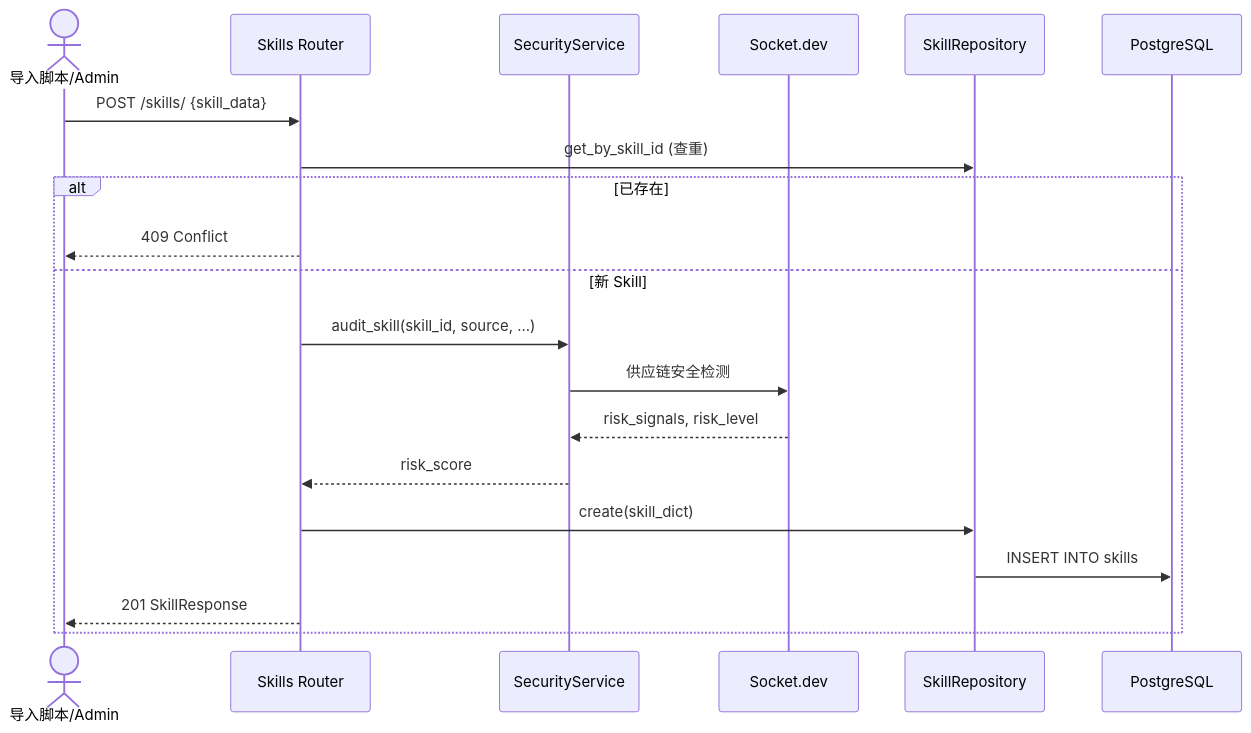
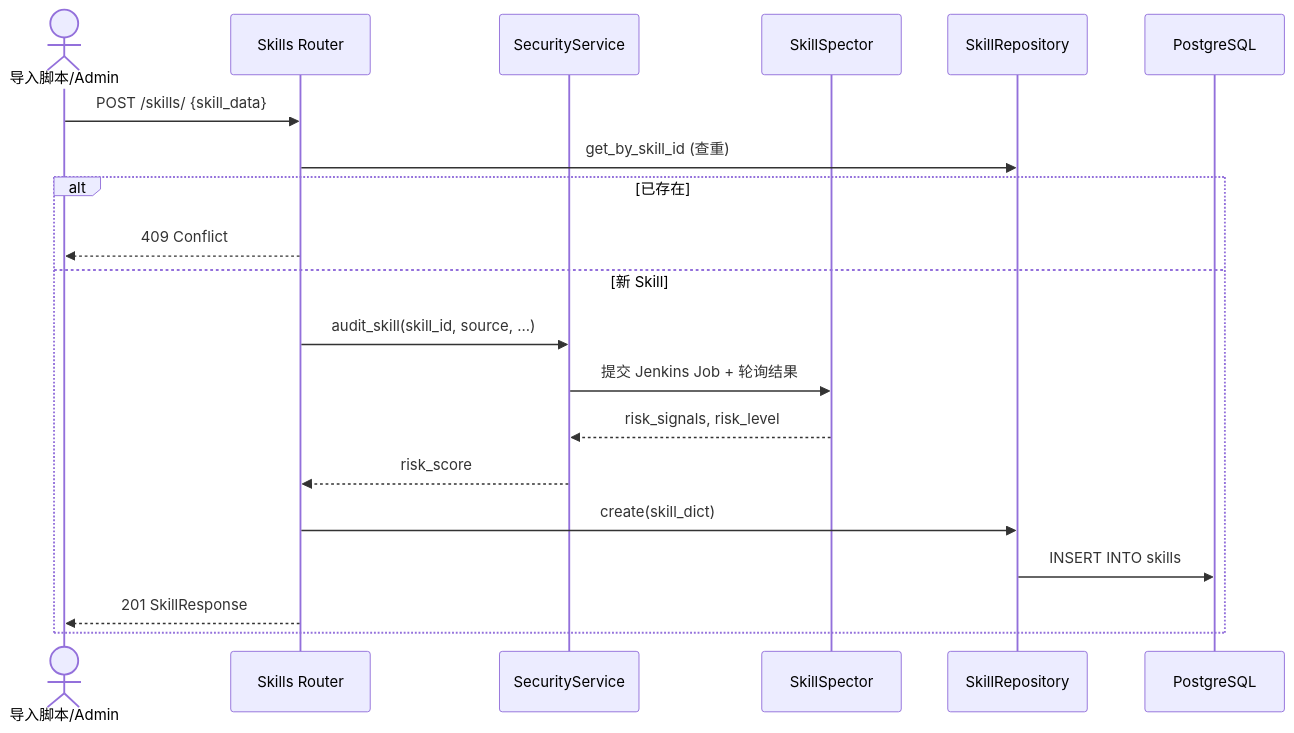
The ninth of 9 diagrams in doc/design/wittyhub-implementation-plan.md (openeuler-mirror/wittyhub), drawn with Mermaid before and after one commit. The commit also changed other lines of this file and 1 other file, not shown here.

````diff
--- a/doc/design/wittyhub-implementation-plan.md
+++ b/doc/design/wittyhub-implementation-plan.md
@@ -675,23 +676,23 @@
 ```mermaid
 sequenceDiagram
     actor Importer as 导入脚本/Admin
     participant API as Skills Router
     participant SEC as SecurityService
-    participant SOC as Socket.dev
+    participant SOC as SkillSpector
     participant REPO as SkillRepository
     participant PG as PostgreSQL
 
     Importer->>API: POST /skills/ {skill_data}
     API->>REPO: get_by_skill_id (查重)
     alt 已存在
         API-->>Importer: 409 Conflict
     else 新 Skill
         API->>SEC: audit_skill(skill_id, source, ...)
-        SEC->>SOC: 供应链安全检测
+        SEC->>SOC: 提交 Jenkins Job + 轮询结果
         SOC-->>SEC: risk_signals, risk_level
         SEC-->>API: risk_score
         API->>REPO: create(skill_dict)
         REPO->>PG: INSERT INTO skills
         API-->>Importer: 201 SkillResponse
     end
 ```
````
